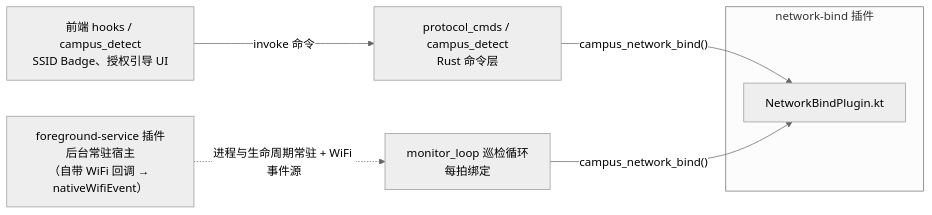
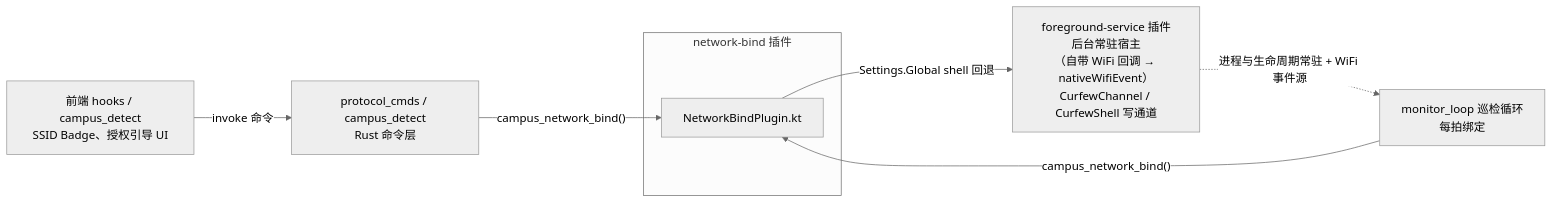
The second of 2 diagrams in .codewiki/modules/android-plugins-network-bind.md (ikliml666/Wxxy-CampusLogin), drawn with Mermaid (neutral theme) before and after one commit. The commit also changed other lines of this file and 12 other files, not shown here.

````diff
--- a/.codewiki/modules/android-plugins-network-bind.md
+++ b/.codewiki/modules/android-plugins-network-bind.md
@@ -178,14 +212,15 @@
 ```mermaid
 flowchart LR
     FE["前端 hooks / campus_detect<br/>SSID Badge、授权引导 UI"]
     CMDS["protocol_cmds / campus_detect<br/>Rust 命令层"]
     ML["monitor_loop 巡检循环<br/>每拍绑定"]
     subgraph PLG["network-bind 插件"]
         NB["NetworkBindPlugin.kt"]
     end
-    FS["foreground-service 插件<br/>后台常驻宿主<br/>（自带 WiFi 回调 → nativeWifiEvent）"]
+    FS["foreground-service 插件<br/>后台常驻宿主<br/>（自带 WiFi 回调 → nativeWifiEvent）<br/>CurfewChannel / CurfewShell 写通道"]
     FE -->|"invoke 命令"| CMDS
     CMDS -->|"campus_network_bind()"| NB
     ML -->|"campus_network_bind()"| NB
+    NB -->|"Settings.Global shell 回退"| FS
     FS -.->|"进程与生命周期常驻 + WiFi 事件源"| ML
 ```
````
